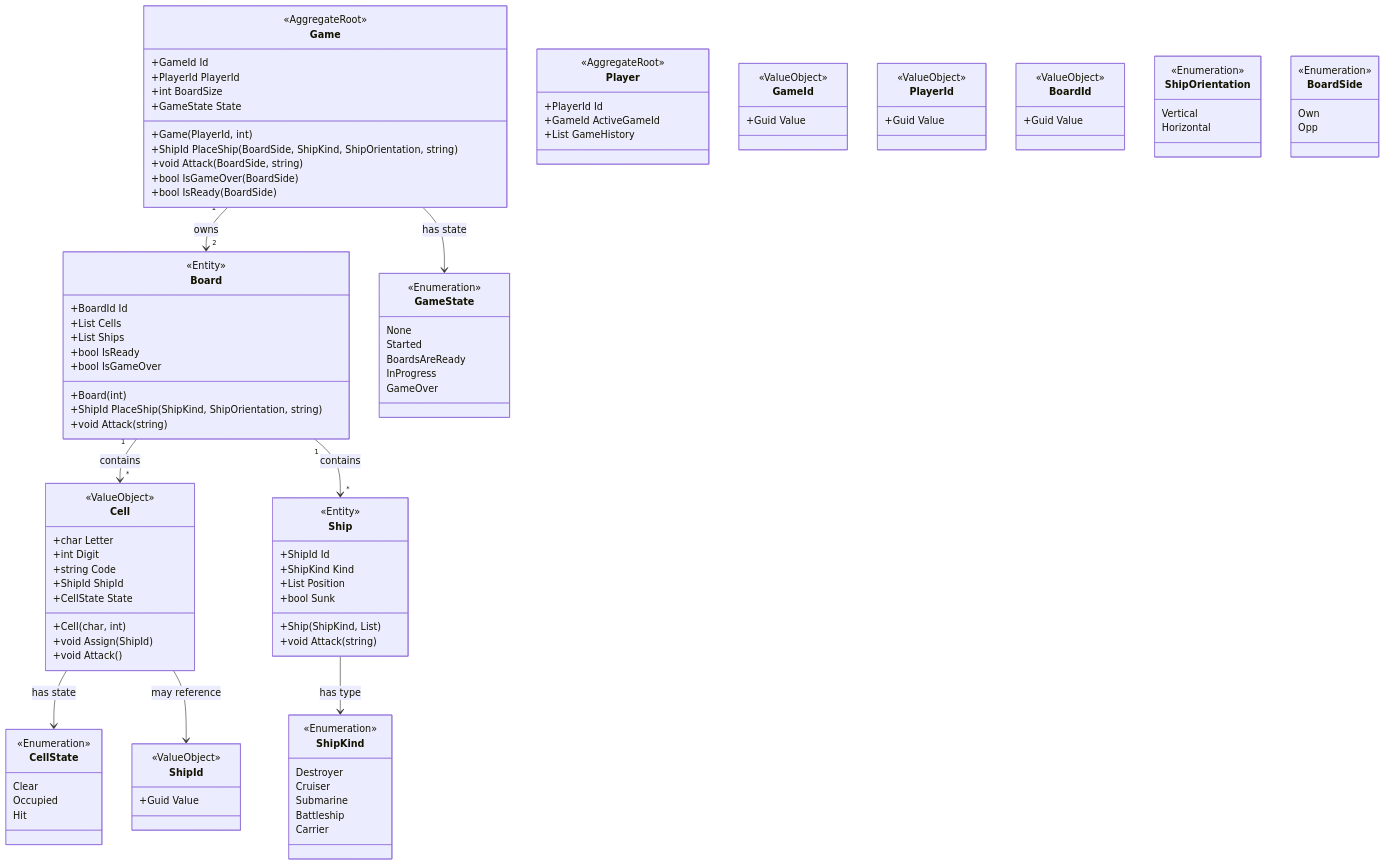
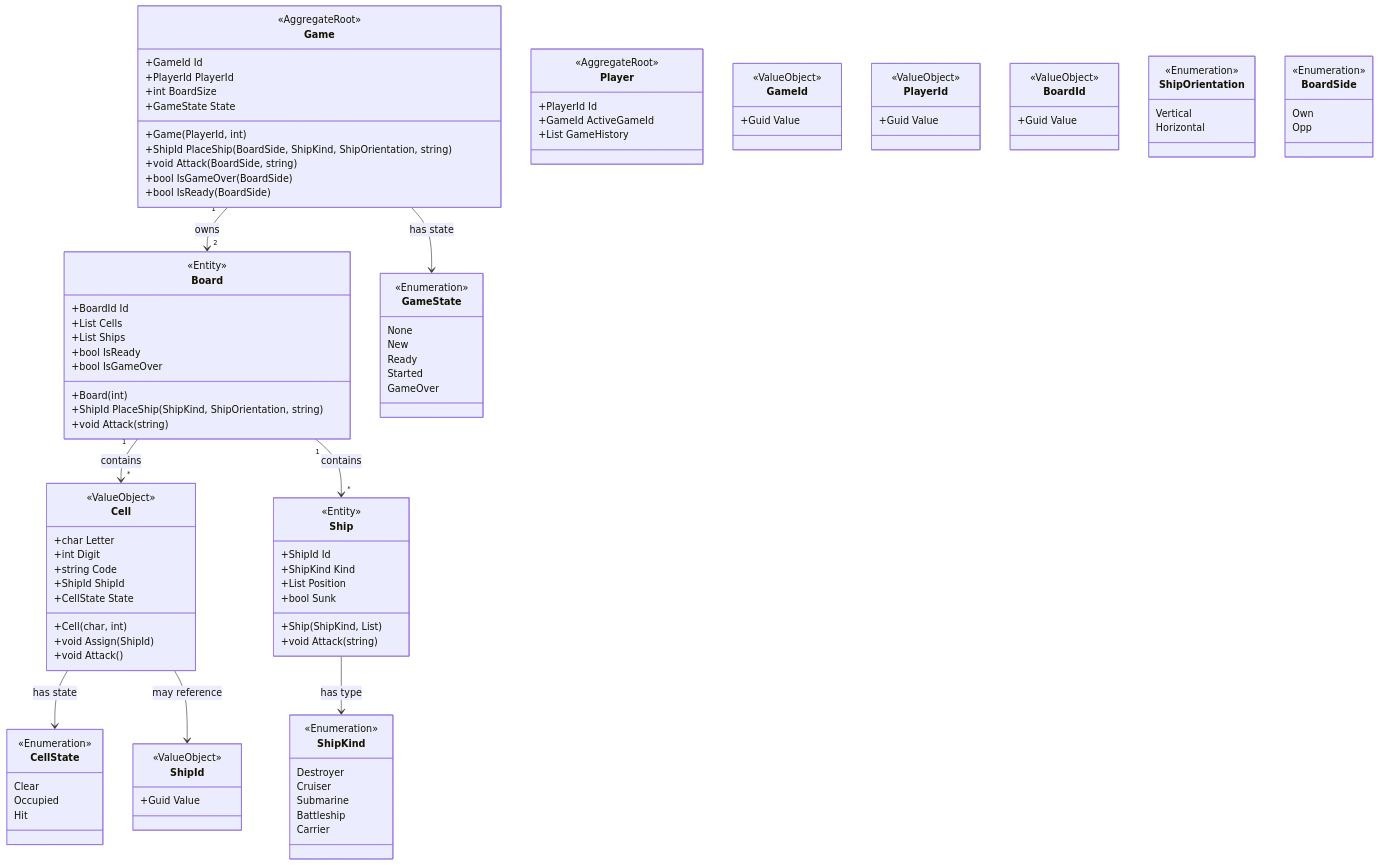
One commit to wahidshalaly/battleship-game changed the first of 3 diagrams in docs/design.md. Above: the diagram before and after it, drawn with Mermaid. The commit also changed 38 other files, not shown here.

```diff
--- a/docs/design.md
+++ b/docs/design.md
@@ -122,9 +122,9 @@
     class GameState {
         <<Enumeration>>
         None
+        New
+        Ready
         Started
-        BoardsAreReady
-        InProgress
         GameOver
     }
 
```
